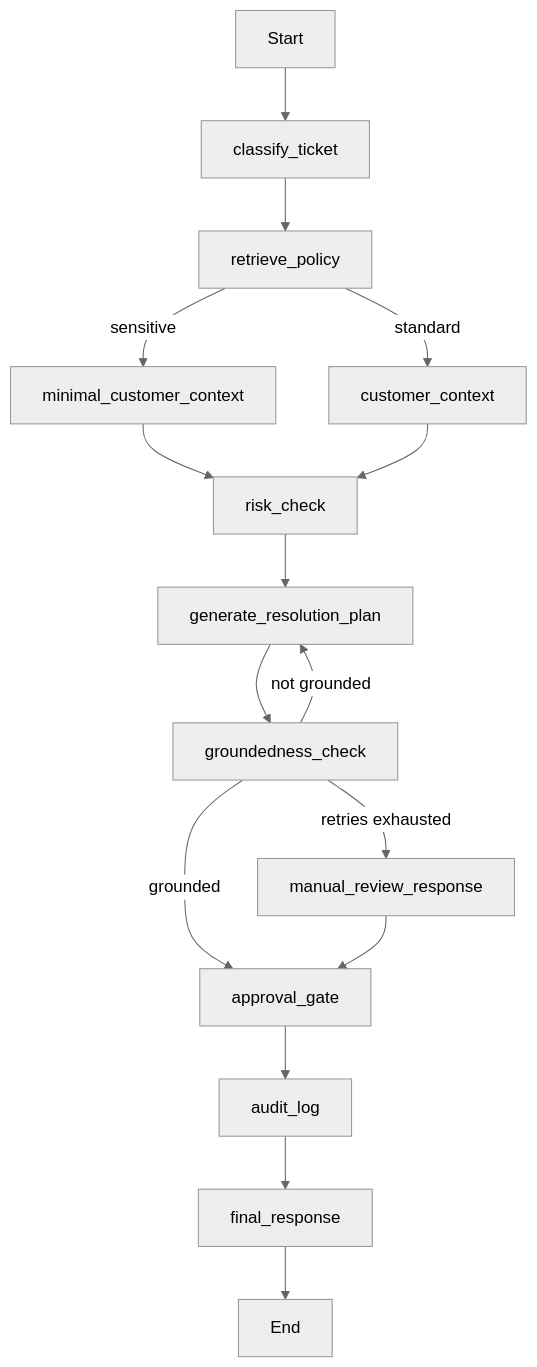
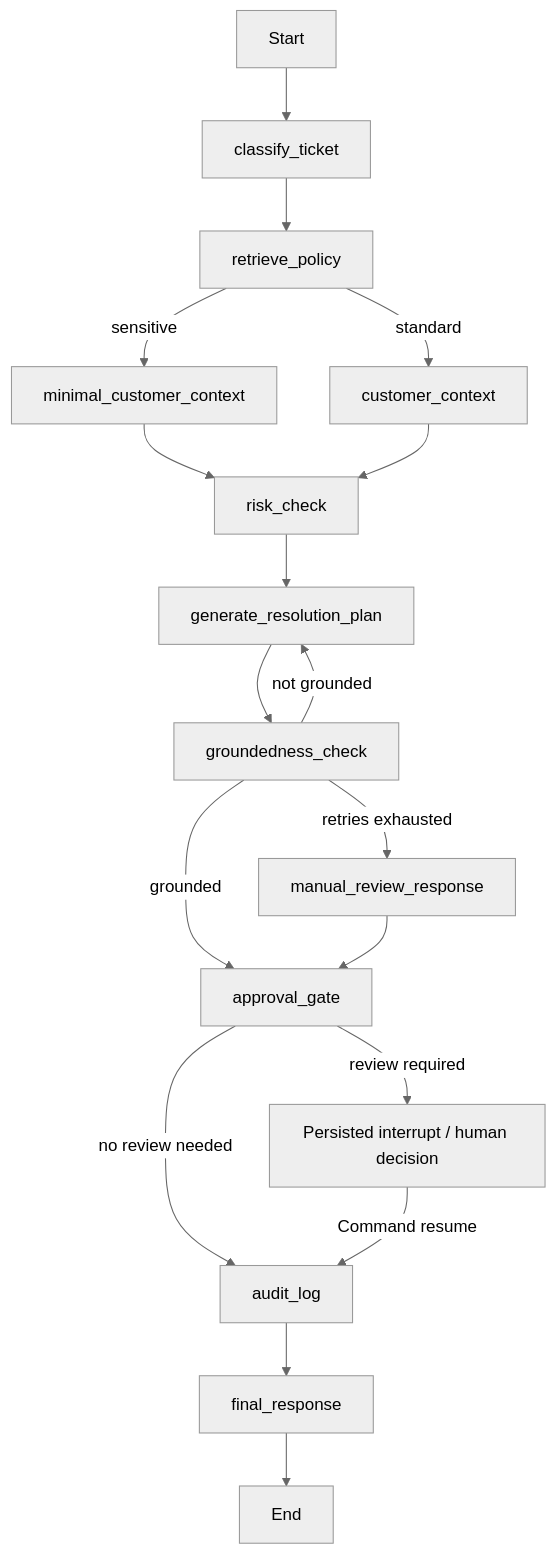
One commit to robbyfa/customer-support-agent changed the diagram in README.md. Above: the diagram before and after it, drawn with Mermaid (neutral theme). The commit also changed other lines of this file and 31 other files, not shown here.

````diff
--- a/README.md
+++ b/README.md
@@ -46,18 +44,20 @@
 ```mermaid
 graph TD
     Start --> classify_ticket
     classify_ticket --> retrieve_policy
     retrieve_policy -- sensitive --> minimal_customer_context
     retrieve_policy -- standard --> customer_context
     minimal_customer_context --> risk_check
     customer_context --> risk_check
     risk_check --> generate_resolution_plan
     generate_resolution_plan --> groundedness_check
     groundedness_check -- grounded --> approval_gate
     groundedness_check -- not grounded --> generate_resolution_plan
     groundedness_check -- retries exhausted --> manual_review_response
     manual_review_response --> approval_gate
-    approval_gate --> audit_log
+    approval_gate -- no review needed --> audit_log
+    approval_gate -- review required --> human[Persisted interrupt / human decision]
+    human -- Command resume --> audit_log
     audit_log --> final_response
     final_response --> End
 ```
````
